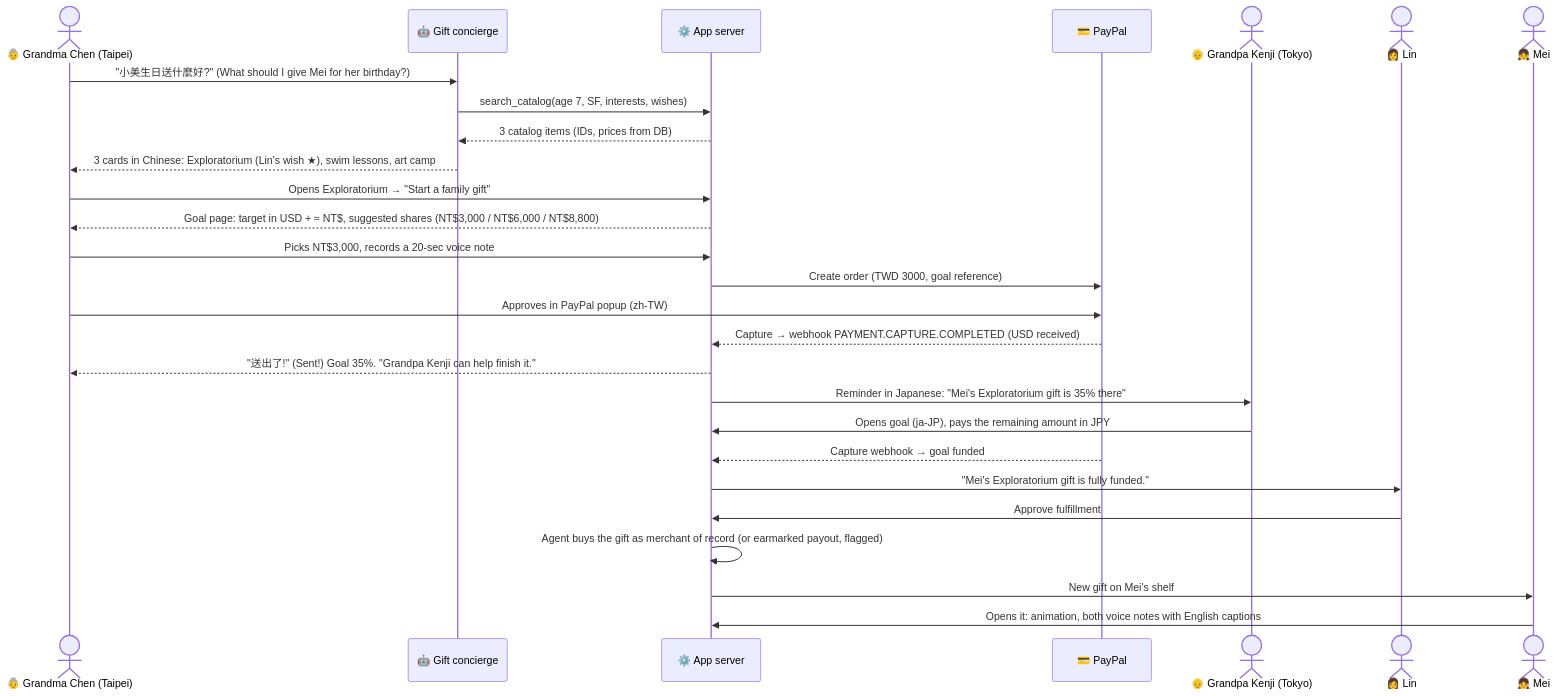
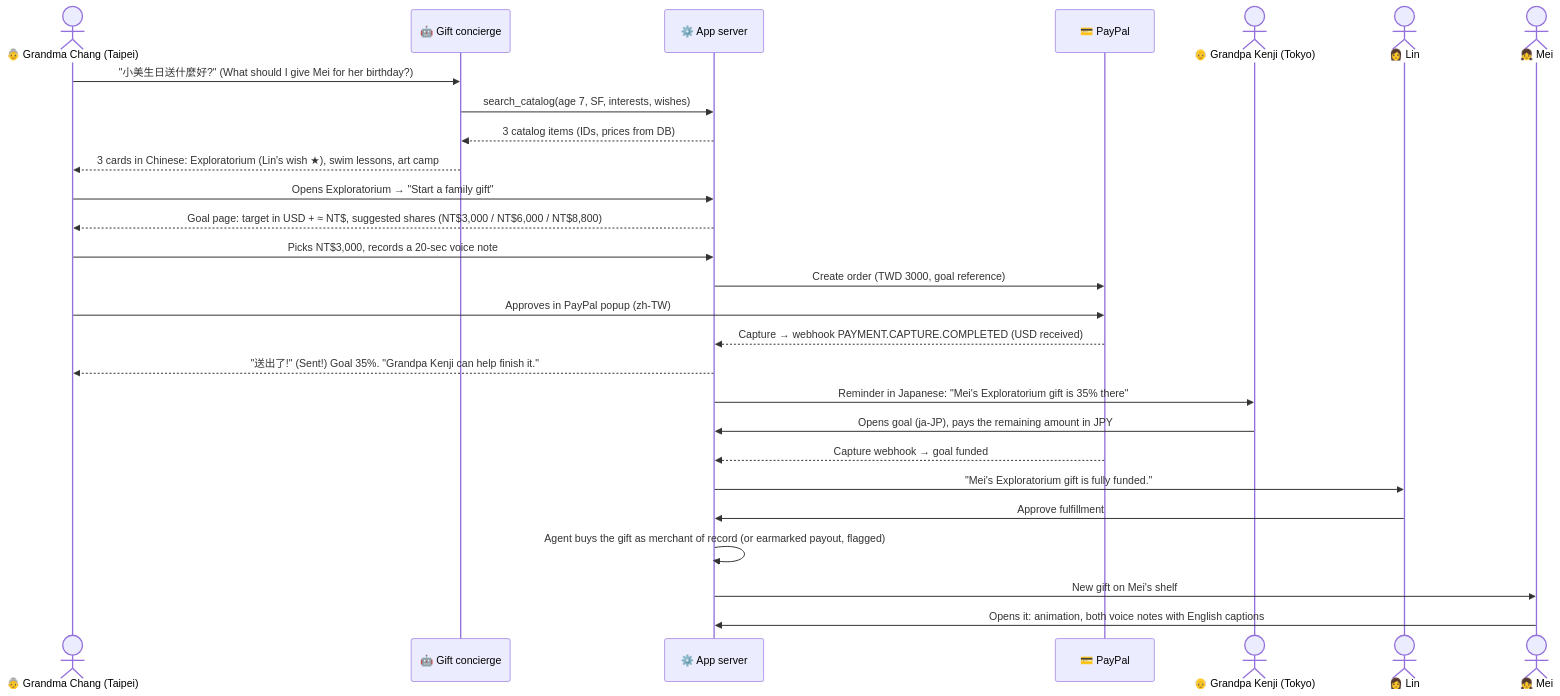
One commit to SummerBreezeChang/thought changed the third of 7 diagrams in docs/USER-FLOWS.md. Above: the diagram before and after it, drawn with Mermaid. The commit also changed other lines of this file and 16 other files, not shown here.

First line of the commit message:
Grandma Chang, not Chen: fix the name everywhere

````diff
--- a/docs/USER-FLOWS.md
+++ b/docs/USER-FLOWS.md
@@ -85,30 +85,30 @@
 ```mermaid
 sequenceDiagram
-  actor Chen as 👵 Grandma Chen (Taipei)
+  actor Chang as 👵 Grandma Chang (Taipei)
   participant AI as 🤖 Gift concierge
   participant App as ⚙️ App server
   participant PP as 💳 PayPal
   actor Kenji as 👴 Grandpa Kenji (Tokyo)
   actor Lin as 👩 Lin
   actor Mei as 👧 Mei
 
-  Chen->>AI: "小美生日送什麼好?" (What should I give Mei for her birthday?)
+  Chang->>AI: "小美生日送什麼好?" (What should I give Mei for her birthday?)
   AI->>App: search_catalog(age 7, SF, interests, wishes)
   App-->>AI: 3 catalog items (IDs, prices from DB)
-  AI-->>Chen: 3 cards in Chinese: Exploratorium (Lin's wish ★), swim lessons, art camp
-  Chen->>App: Opens Exploratorium → "Start a family gift"
-  App-->>Chen: Goal page: target in USD + ≈ NT$, suggested shares (NT$3,000 / NT$6,000 / NT$8,800)
-  Chen->>App: Picks NT$3,000, records a 20-sec voice note
+  AI-->>Chang: 3 cards in Chinese: Exploratorium (Lin's wish ★), swim lessons, art camp
+  Chang->>App: Opens Exploratorium → "Start a family gift"
+  App-->>Chang: Goal page: target in USD + ≈ NT$, suggested shares (NT$3,000 / NT$6,000 / NT$8,800)
+  Chang->>App: Picks NT$3,000, records a 20-sec voice note
   App->>PP: Create order (TWD 3000, goal reference)
-  Chen->>PP: Approves in PayPal popup (zh-TW)
+  Chang->>PP: Approves in PayPal popup (zh-TW)
   PP-->>App: Capture → webhook PAYMENT.CAPTURE.COMPLETED (USD received)
-  App-->>Chen: "送出了!" (Sent!) Goal 35%. "Grandpa Kenji can help finish it."
+  App-->>Chang: "送出了!" (Sent!) Goal 35%. "Grandpa Kenji can help finish it."
   App->>Kenji: Reminder in Japanese: "Mei's Exploratorium gift is 35% there"
   Kenji->>App: Opens goal (ja-JP), pays the remaining amount in JPY
   PP-->>App: Capture webhook → goal funded
   App->>Lin: "Mei's Exploratorium gift is fully funded."
   Lin->>App: Approve fulfillment
   App->>App: Agent buys the gift as merchant of record (or earmarked payout, flagged)
   App->>Mei: New gift on Mei's shelf
   Mei->>App: Opens it: animation, both voice notes with English captions
 ```
````
